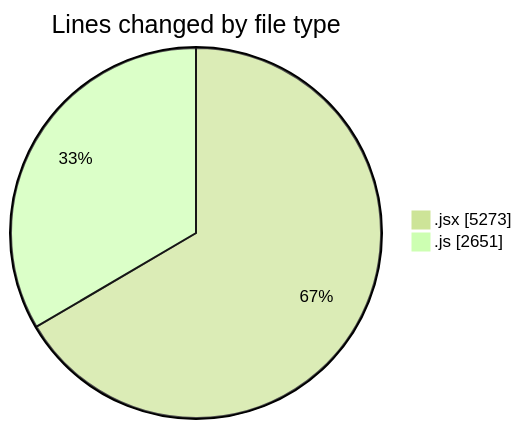
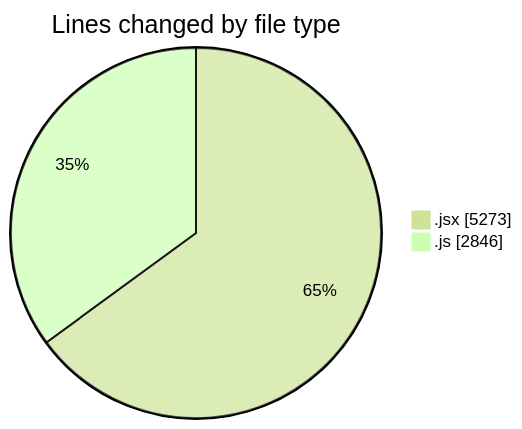
One commit to nxtqubesakshisongat/code-tracking changed the first of 2 diagrams in 2025-07-30/nxtqube_webapp/README.md. Above: the diagram before and after it, drawn with Mermaid (forest theme). The commit also changed other lines of this file and 1 other file, not shown here.

````diff
--- a/2025-07-30/nxtqube_webapp/README.md
+++ b/2025-07-30/nxtqube_webapp/README.md
@@ -32,6 +34,6 @@
 ```mermaid
 pie showData
 title Lines changed by file type
 ".jsx" : 5273
-".js" : 2651
+".js" : 2846
 ```
````
